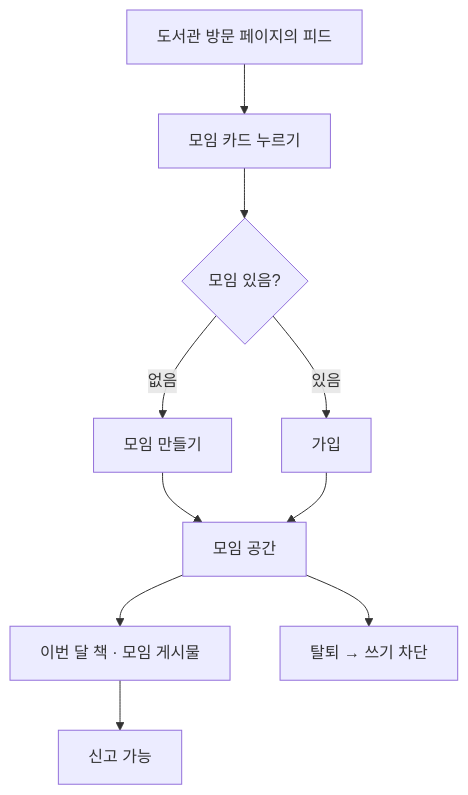
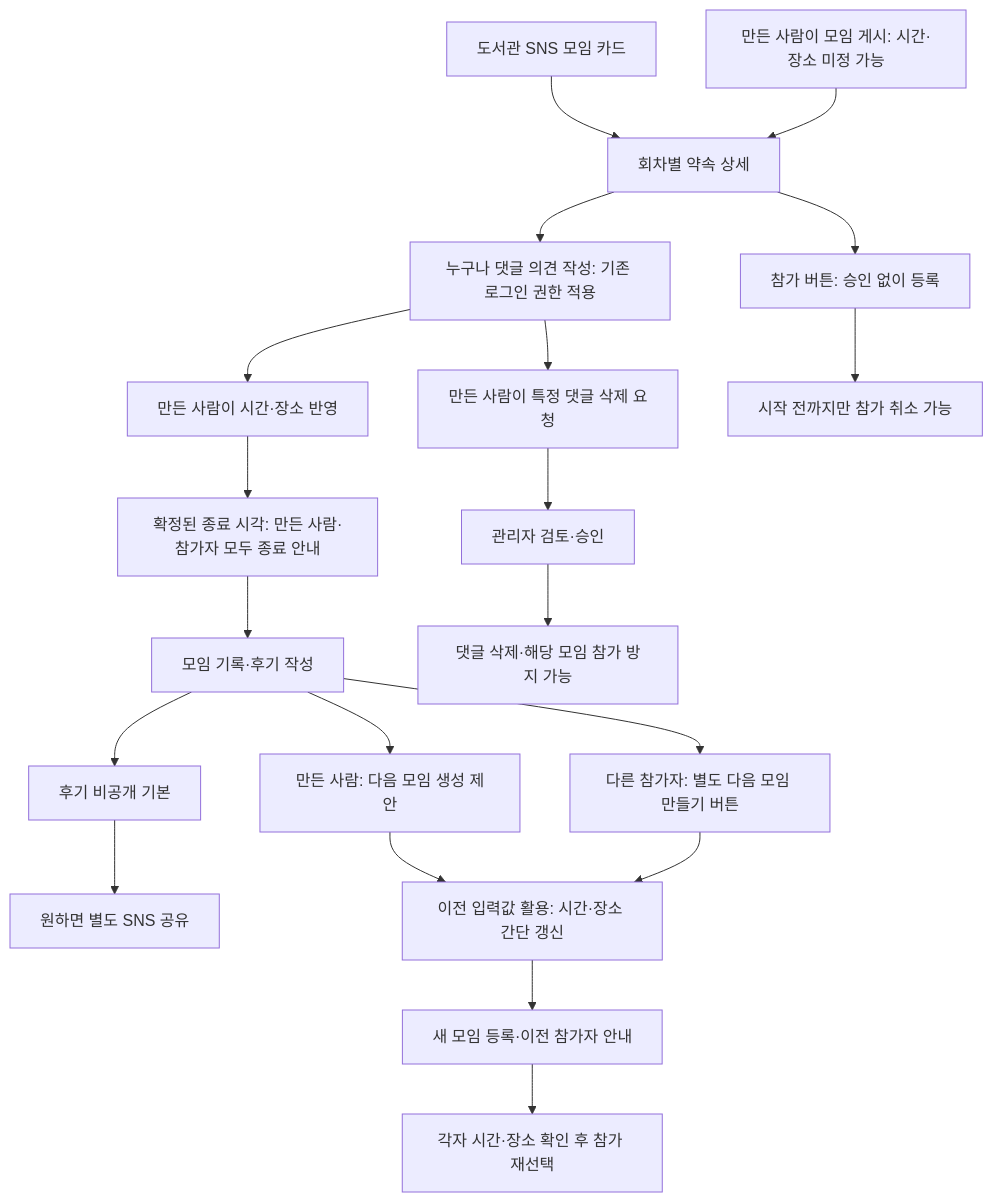
One commit to axteamc/localone changed the sixth of 7 diagrams in 개발산출물/유저_플로우.md. Above: the diagram before and after it, drawn with Mermaid. The commit also changed other lines of this file and 8 other files, not shown here.

Commit message:
docs: SNS 검색 프로필 및 회차별 모임 결정 반영

````diff
--- a/개발산출물/유저_플로우.md
+++ b/개발산출물/유저_플로우.md
@@ -114,12 +114,22 @@
 ```mermaid
 flowchart TD
-  A[도서관 방문 페이지의 피드] --> B[모임 카드 누르기]
-  B --> C{모임 있음?}
-  C -- 없음 --> D[모임 만들기]
-  C -- 있음 --> E[가입]
-  D --> F[모임 공간]
-  E --> F
-  F --> G[이번 달 책 · 모임 게시물]
-  F --> H[탈퇴 → 쓰기 차단]
-  G --> I[신고 가능]
+  A[도서관 SNS 모임 카드] --> B[회차별 약속 상세]
+  C[만든 사람이 모임 게시: 시간·장소 미정 가능] --> B
+  B --> D[누구나 댓글 의견 작성: 기존 로그인 권한 적용]
+  D --> E[만든 사람이 시간·장소 반영]
+  B --> F[참가 버튼: 승인 없이 등록]
+  F --> G[시작 전까지만 참가 취소 가능]
+  E --> H[확정된 종료 시각: 만든 사람·참가자 모두 종료 안내]
+  H --> I[모임 기록·후기 작성]
+  I --> J[후기 비공개 기본]
+  J --> K[원하면 별도 SNS 공유]
+  I --> L[만든 사람: 다음 모임 생성 제안]
+  I --> M[다른 참가자: 별도 다음 모임 만들기 버튼]
+  L --> N[이전 입력값 활용: 시간·장소 간단 갱신]
+  M --> N
+  N --> O[새 모임 등록·이전 참가자 안내]
+  O --> P[각자 시간·장소 확인 후 참가 재선택]
+  D --> Q[만든 사람이 특정 댓글 삭제 요청]
+  Q --> R[관리자 검토·승인]
+  R --> S[댓글 삭제·해당 모임 참가 방지 가능]
 ```
````
